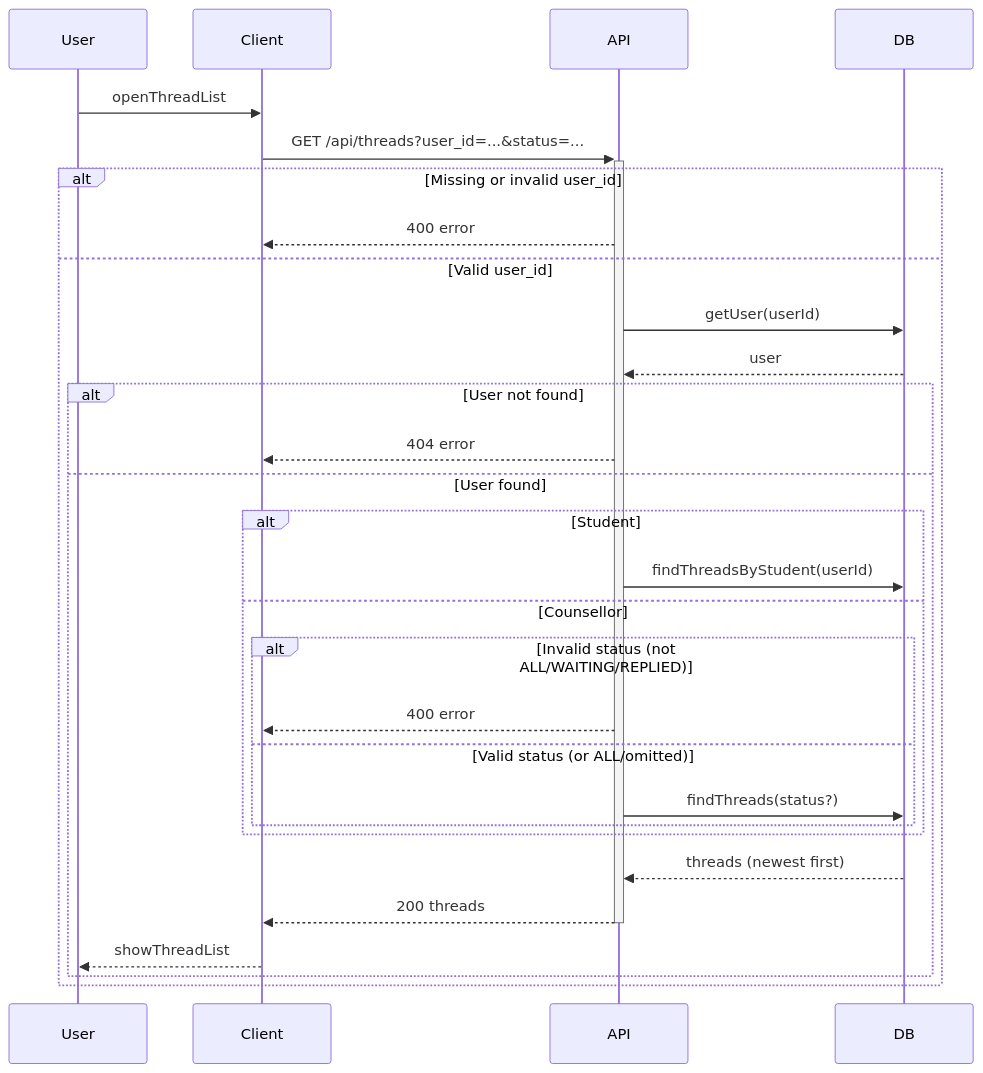
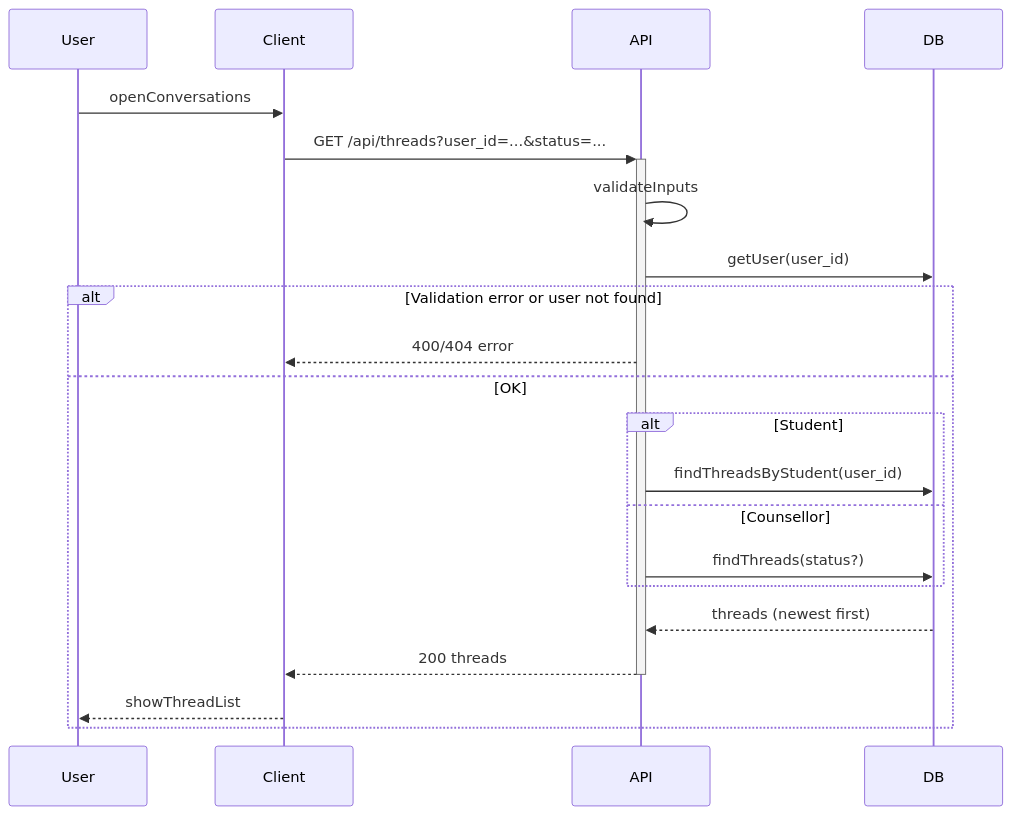
The diagram in docs/sequence-list-threads.md (sandyleedev/student-mental-support-app), drawn with Mermaid before and after one commit. The commit also changed other lines of this file, not shown here.

Commit message:
[BUS-31] docs: update list threads sequence diagram (simplify)

````diff
--- a/docs/sequence-list-threads.md
+++ b/docs/sequence-list-threads.md
@@ -5,35 +5,26 @@
 ```mermaid
 sequenceDiagram
     participant User
     participant Client
     participant API
     participant DB
 
-    User->>Client: openThreadList
+    User->>Client: openConversations
     Client->>+API: GET /api/threads?user_id=...&status=...
 
-    alt Missing or invalid user_id
-        API-->>Client: 400 error
-    else Valid user_id
-        API->>DB: getUser(userId)
-        DB-->>API: user
+    API->>API: validateInputs
+    API->>DB: getUser(user_id)
 
-        alt User not found
-            API-->>Client: 404 error
-        else User found
-            alt Student
-                API->>DB: findThreadsByStudent(userId)
-            else Counsellor
-                alt Invalid status (not ALL/WAITING/REPLIED)
-                    API-->>Client: 400 error
-                else Valid status (or ALL/omitted)
-                    API->>DB: findThreads(status?)
-                end
-            end
-
-            DB-->>API: threads (newest first)
-            API-->>-Client: 200 threads
-            Client-->>User: showThreadList
+    alt Validation error or user not found
+        API-->>Client: 400/404 error
+    else OK
+        alt Student
+            API->>DB: findThreadsByStudent(user_id)
+        else Counsellor
+            API->>DB: findThreads(status?)
         end
+        DB-->>API: threads (newest first)
+        API-->>-Client: 200 threads
+        Client-->>User: showThreadList
     end
 ```
````
